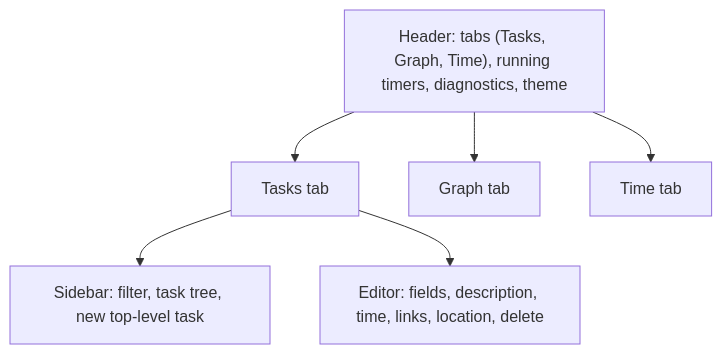
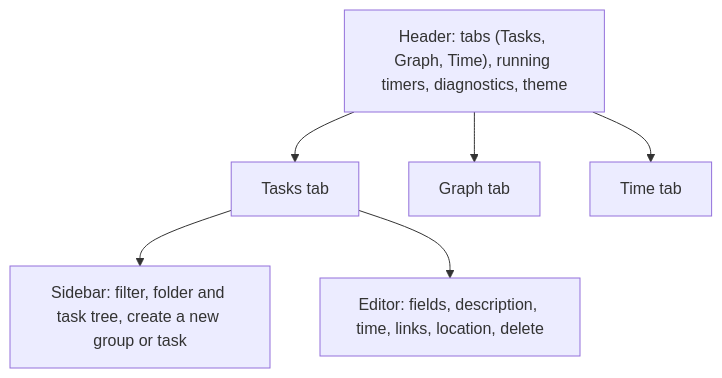
The first of 2 diagrams in Usage.md (LMauricius/Plandown), drawn with Mermaid before and after one commit. The commit also changed other lines of this file and 10 other files, not shown here.

Commit message:
Structured file and task handling, with better top-level task creating UI

````diff
--- a/Usage.md
+++ b/Usage.md
@@ -22,9 +22,9 @@
 ```mermaid
 flowchart TB
   H["Header: tabs (Tasks, Graph, Time), running timers, diagnostics, theme"]
   H --> T[Tasks tab]
   H --> G[Graph tab]
   H --> M[Time tab]
-  T --> S["Sidebar: filter, task tree, new top-level task"]
+  T --> S["Sidebar: filter, folder and task tree, create a new group or task"]
   T --> E["Editor: fields, description, time, links, location, delete"]
 ```
````
